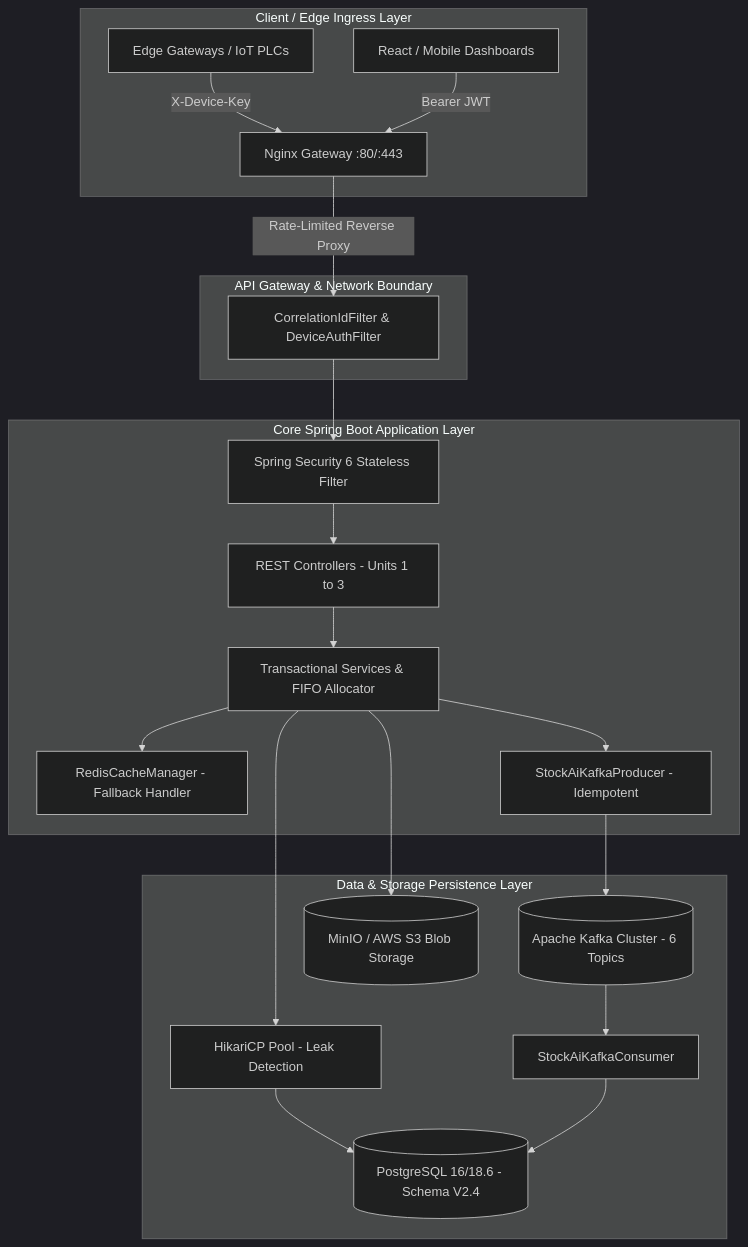
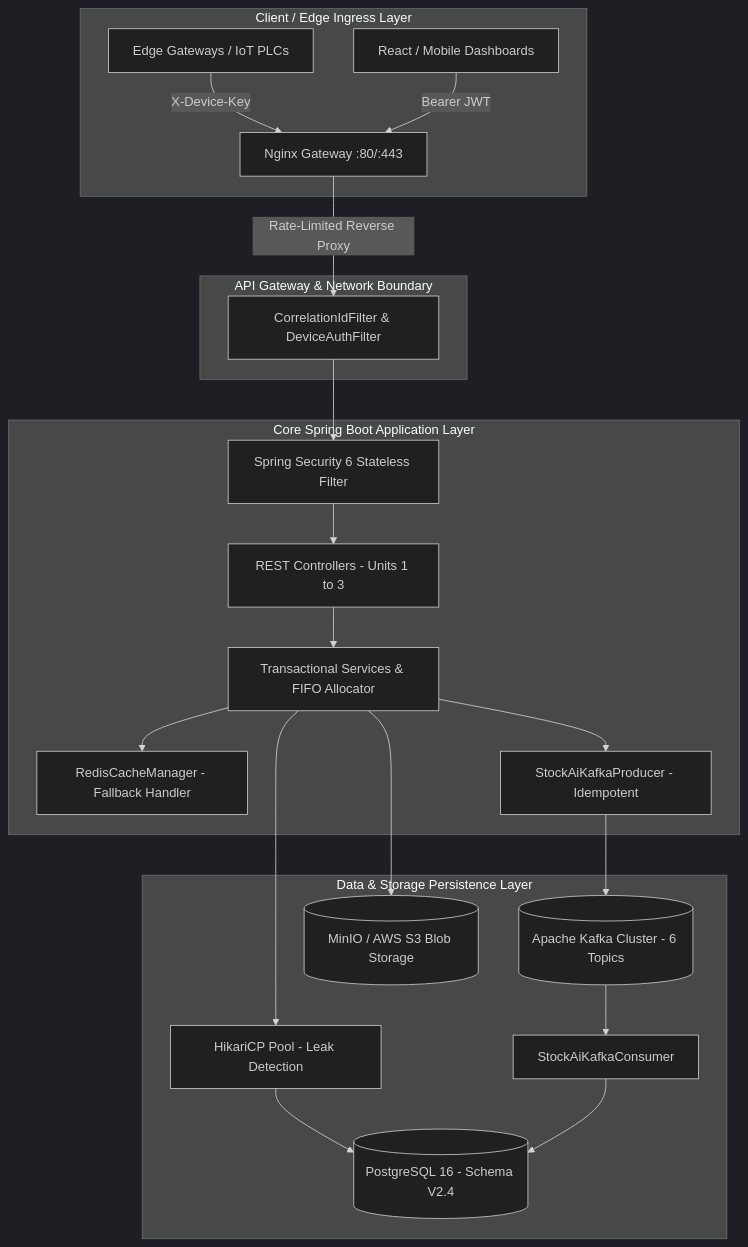
One commit to vaaghdevim-web/stockai-polymers-offline changed the diagram in backend/README.md. Above: the diagram before and after it, drawn with Mermaid (dark theme). The commit also changed other lines of this file and 60 other files, not shown here.

````diff
--- a/backend/README.md
+++ b/backend/README.md
@@ -63,28 +63,28 @@
 ```mermaid
 graph TD
     subgraph Client / Edge Ingress Layer
         IoT[Edge Gateways / IoT PLCs] -- "X-Device-Key" --> Nginx[Nginx Gateway :80/:443]
         Web[React / Mobile Dashboards] -- "Bearer JWT" --> Nginx
     end
 
     subgraph API Gateway & Network Boundary
         Nginx -- "Rate-Limited Reverse Proxy" --> Filter[CorrelationIdFilter & DeviceAuthFilter]
     end
 
     subgraph Core Spring Boot Application Layer
         Filter --> Sec[Spring Security 6 Stateless Filter]
         Sec --> Ctrl[REST Controllers - Units 1 to 3]
         Ctrl --> Svc[Transactional Services & FIFO Allocator]
         Svc --> Cache[RedisCacheManager - Fallback Handler]
         Svc --> Producer[StockAiKafkaProducer - Idempotent]
     end
 
     subgraph Data & Storage Persistence Layer
         Svc --> Hikari[HikariCP Pool - Leak Detection]
-        Hikari --> PG[(PostgreSQL 16/18.6 - Schema V2.4)]
+        Hikari --> PG[(PostgreSQL 16 - Schema V2.4)]
         Producer --> KafkaCluster[(Apache Kafka Cluster - 6 Topics)]
         KafkaCluster --> Consumer[StockAiKafkaConsumer]
         Consumer --> PG
         Svc --> MinIO[(MinIO / AWS S3 Blob Storage)]
     end
 ```
````
